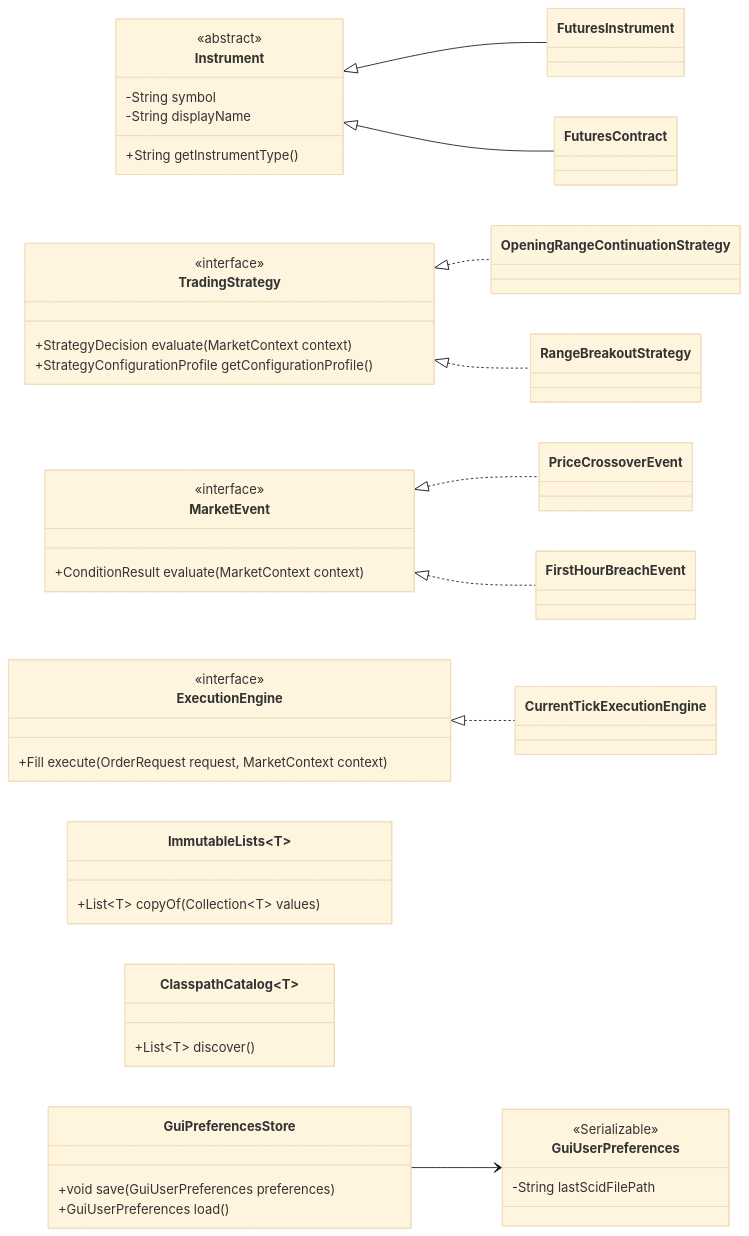
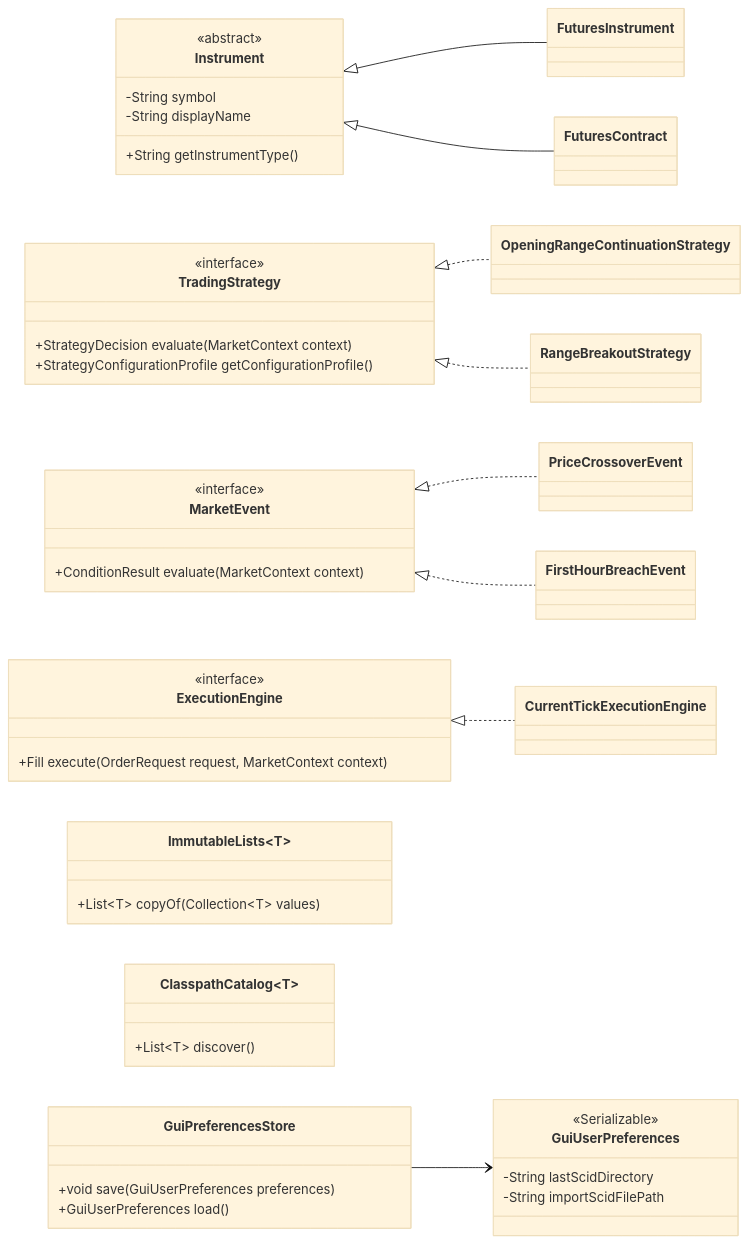
One commit to probst-paul/FORGE changed the diagram in docs/diagrams/object-oriented-design.md. Above: the diagram before and after it, drawn with Mermaid (base theme). The commit also changed 28 other files, not shown here.

````diff
--- a/docs/diagrams/object-oriented-design.md
+++ b/docs/diagrams/object-oriented-design.md
@@ -3,65 +3,66 @@
 ```mermaid
 classDiagram
     direction LR
 
     class Instrument {
         <<abstract>>
         -String symbol
         -String displayName
         +String getInstrumentType()
     }
 
     class FuturesInstrument
     class FuturesContract
     Instrument <|-- FuturesInstrument
     Instrument <|-- FuturesContract
 
     class TradingStrategy {
         <<interface>>
         +StrategyDecision evaluate(MarketContext context)
         +StrategyConfigurationProfile getConfigurationProfile()
     }
 
     class OpeningRangeContinuationStrategy
     class RangeBreakoutStrategy
     TradingStrategy <|.. OpeningRangeContinuationStrategy
     TradingStrategy <|.. RangeBreakoutStrategy
 
     class MarketEvent {
         <<interface>>
         +ConditionResult evaluate(MarketContext context)
     }
 
     class PriceCrossoverEvent
     class FirstHourBreachEvent
     MarketEvent <|.. PriceCrossoverEvent
     MarketEvent <|.. FirstHourBreachEvent
 
     class ExecutionEngine {
         <<interface>>
         +Fill execute(OrderRequest request, MarketContext context)
     }
 
     class CurrentTickExecutionEngine
     ExecutionEngine <|.. CurrentTickExecutionEngine
 
     class ImmutableLists~T~ {
         +List~T~ copyOf(Collection~T~ values)
     }
 
     class ClasspathCatalog~T~ {
         +List~T~ discover()
     }
 
     class GuiUserPreferences {
         <<Serializable>>
-        -String lastScidFilePath
+        -String lastScidDirectory
+        -String importScidFilePath
     }
 
     class GuiPreferencesStore {
         +void save(GuiUserPreferences preferences)
         +GuiUserPreferences load()
     }
 
     GuiPreferencesStore --> GuiUserPreferences
 ```
````
